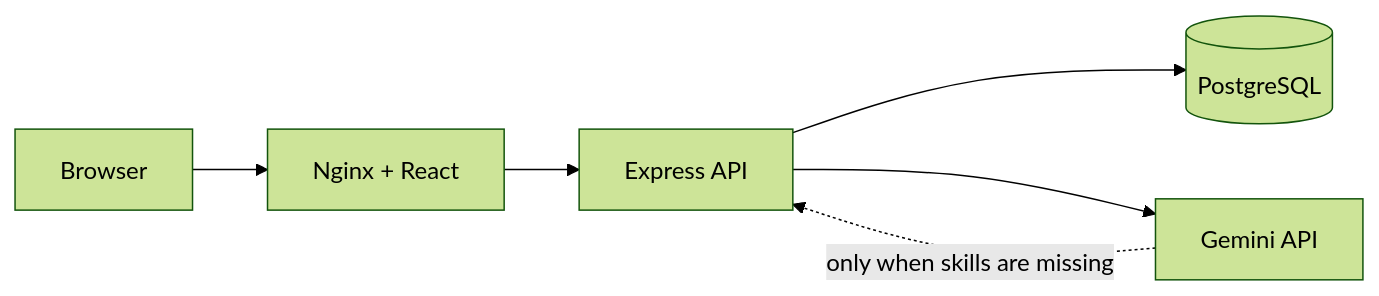
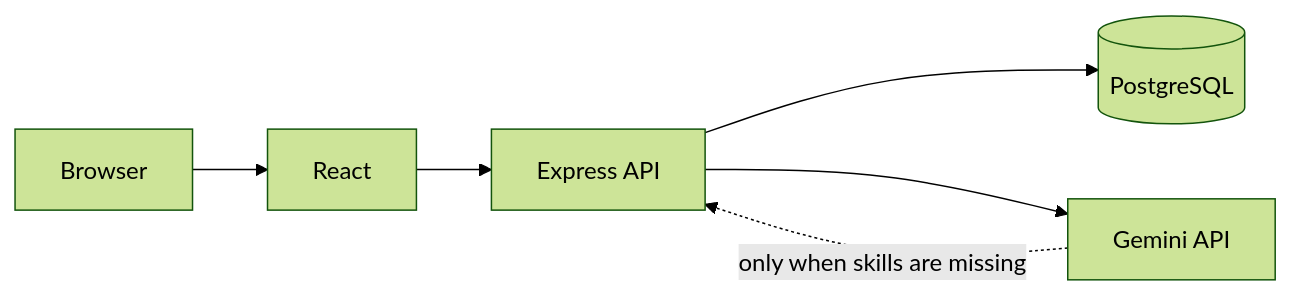
The diagram in README.md (ongyuansheng/HTX-TaskAssignment), drawn with Mermaid (forest theme) before and after one commit.

Commit message:
docs: simplify system design diagram

````diff
--- a/README.md
+++ b/README.md
@@ -91,8 +91,8 @@
 ```mermaid
 flowchart LR
-  Browser --> Frontend[Nginx + React]
+  Browser --> Frontend[React]
   Frontend --> Backend[Express API]
   Backend --> Database[(PostgreSQL)]
   Backend --> Gemini[Gemini API]
   Gemini -. only when skills are missing .-> Backend
 ```
````
